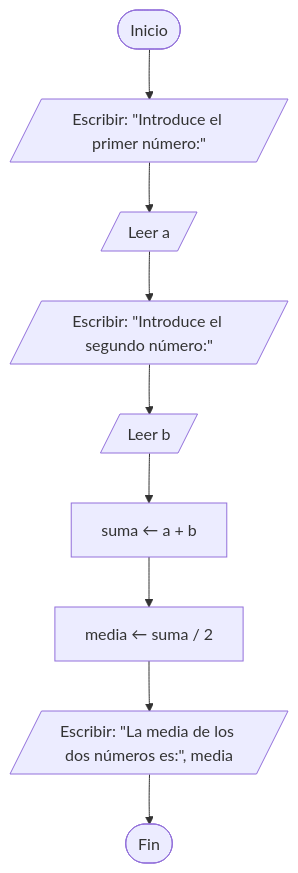
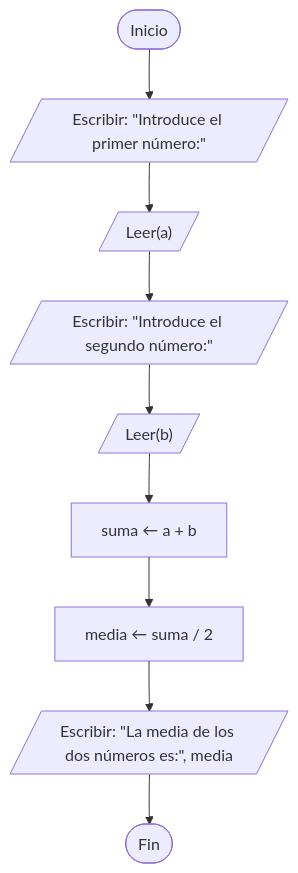
The second of 2 diagrams in 02_algoritmos/teoria/T2_ICC.md (jjcastroschez/Introduccion-Computacion-Cientifica), drawn with Mermaid before and after one commit. The commit also changed other lines of this file, not shown here.

Commit message:
arreglo diagramas de flujo

````diff
--- a/02_algoritmos/teoria/T2_ICC.md
+++ b/02_algoritmos/teoria/T2_ICC.md
@@ -208,11 +208,11 @@
 ```mermaid
 flowchart TD
     A([Inicio]) --> B[/Escribir: "Introduce el primer número:"/]
-    B --> C[/Leer a/]
+    B --> C[/"Leer(a)"/]
     C --> D[/Escribir: "Introduce el segundo número:"/]
-    D --> E[/Leer b/]
+    D --> E[/"Leer(b)"/]
     E --> F[suma ← a + b]
     F --> G[media ← suma / 2]
     G --> H[/Escribir: "La media de los dos números es:", media/]
     H --> I([Fin])
 ```
````
